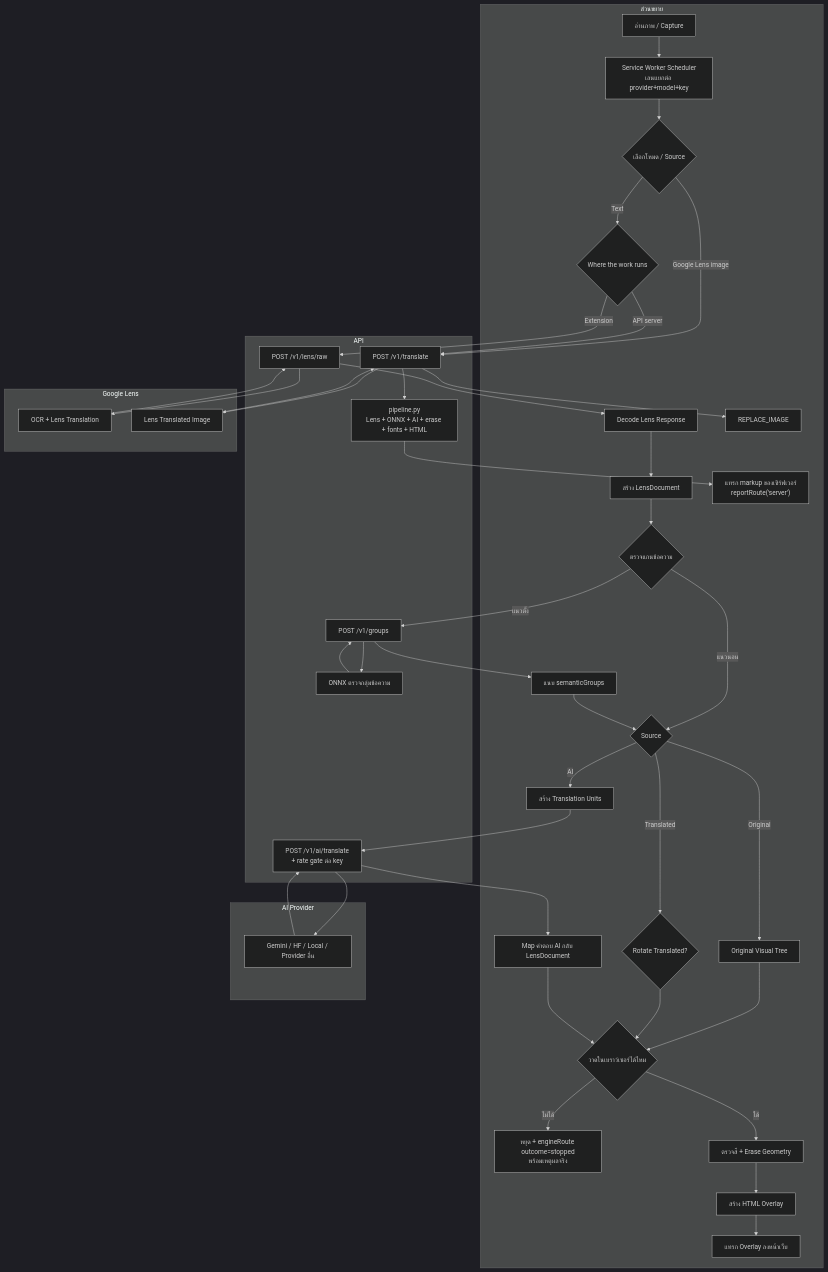
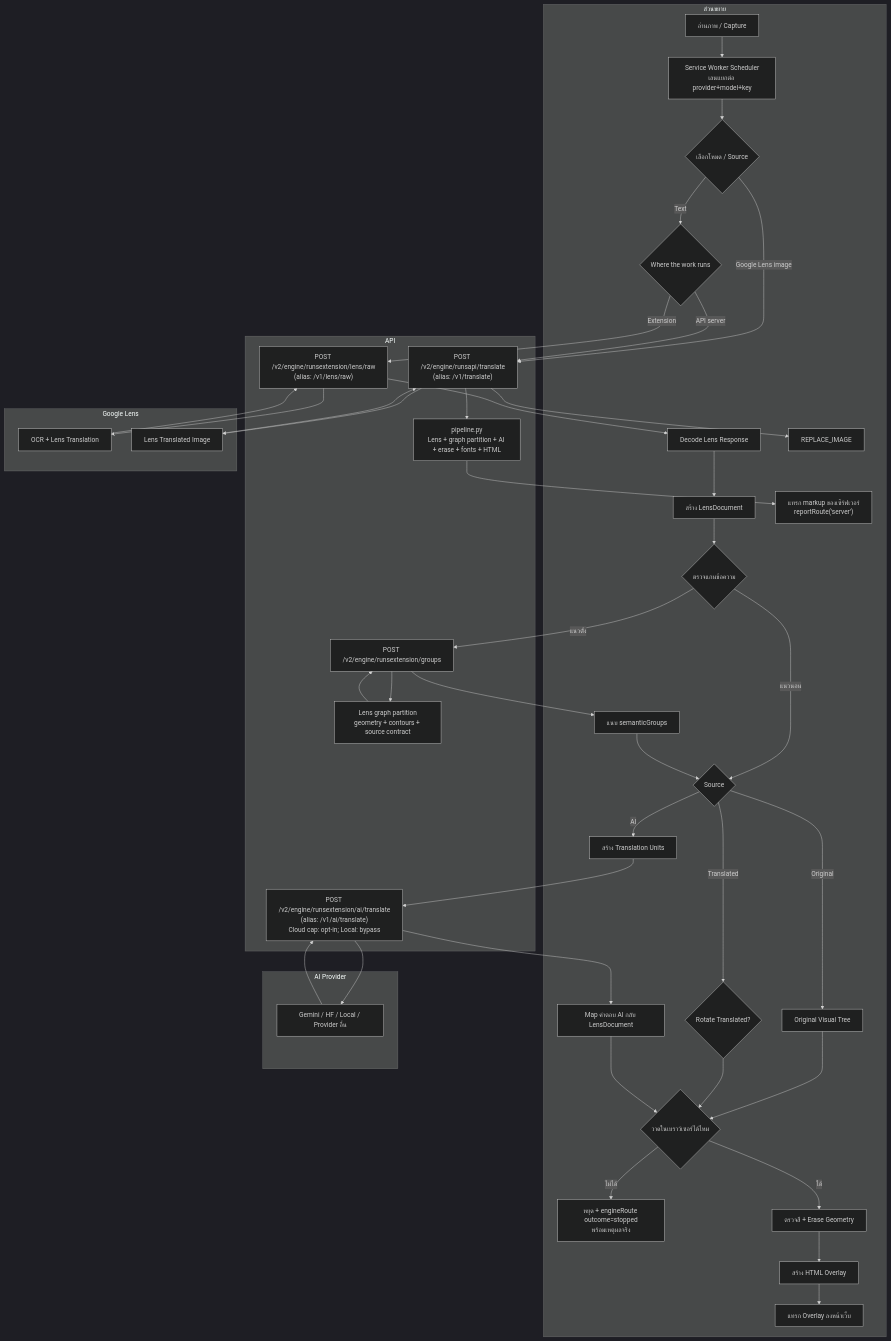
Before and after one commit to Kuju29/TextPhantomOCR_Overlay: the third of 4 diagrams in api/README.md, drawn with Mermaid (dark theme). The commit also changed other lines of this file and 639 other files, not shown here.

```diff
--- a/api/README.md
+++ b/api/README.md
@@ -42,12 +376,12 @@
 end
 
 subgraph API["API"]
-    V1["POST /v1/translate"]
-    PIPE["pipeline.py<br/>Lens + ONNX + AI + erase + fonts + HTML"]
-    LR["POST /v1/lens/raw"]
-    GP["POST /v1/groups"]
-    ONNX["ONNX ตรวจกลุ่มข้อความ"]
-    AIT["POST /v1/ai/translate<br/>+ rate gate ต่อ key"]
+    V1["POST /v2/engine/runsapi/translate<br/>(alias: /v1/translate)"]
+    PIPE["pipeline.py<br/>Lens + graph partition + AI + erase + fonts + HTML"]
+    LR["POST /v2/engine/runsextension/lens/raw<br/>(alias: /v1/lens/raw)"]
+    GP["POST /v2/engine/runsextension/groups"]
+    GRAPH["Lens graph partition<br/>geometry + contours + source contract"]
+    AIT["POST /v2/engine/runsextension/ai/translate<br/>(alias: /v1/ai/translate)<br/>Cloud cap: opt-in; Local: bypass"]
 end
 
 subgraph LENS["Google Lens"]
@@ -80,8 +414,8 @@
 
 AX -->|"แนวนอน"| SRC2
 AX -->|"แนวตั้ง"| GP
-GP --> ONNX
-ONNX --> GP
+GP --> GRAPH
+GRAPH --> GP
 GP --> ATT
 ATT --> SRC2
 
```
